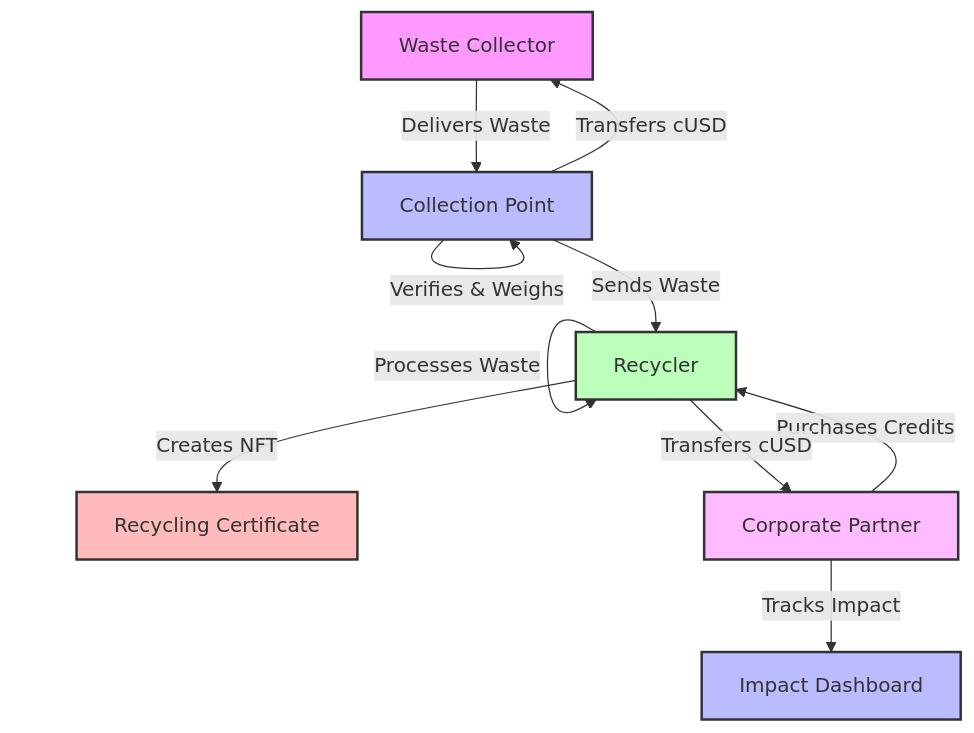
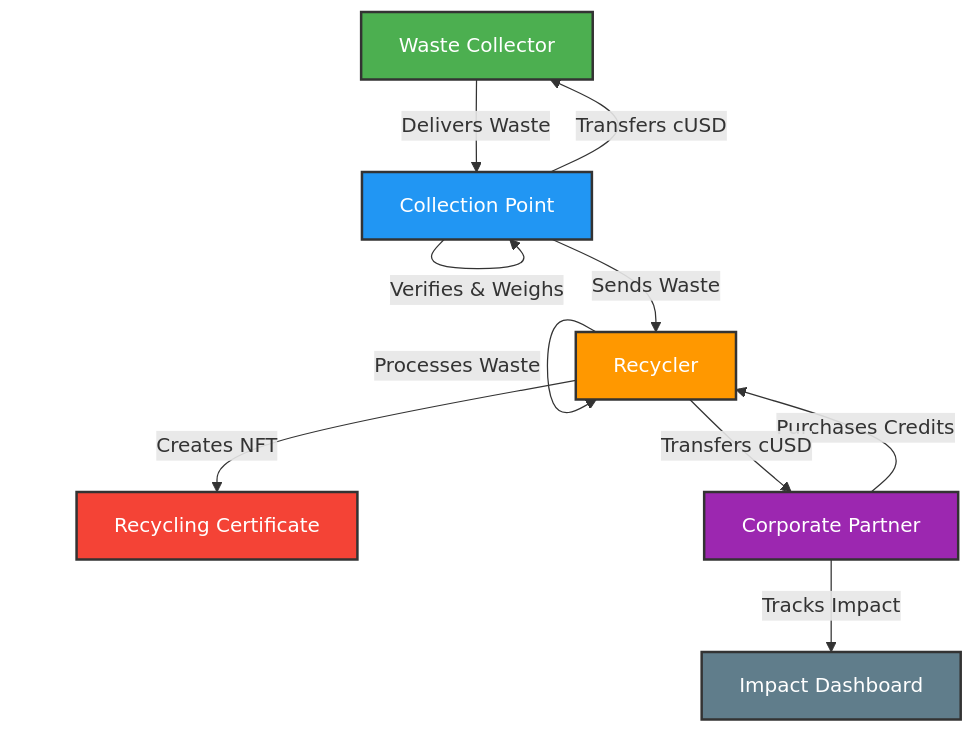
One commit to Kanasjnr/Africycle changed the diagram in README.md. Above: the diagram before and after it, drawn with Mermaid.

Commit message:
updated read me

````diff
--- a/README.md
+++ b/README.md
@@ -7,31 +7,31 @@
 ```mermaid
 graph TD
     %% Roles
     Collector[Waste Collector]
     CollectionPoint[Collection Point]
     Recycler[Recycler]
     Corporate[Corporate Partner]
     
     %% Collection Process
     Collector -->|Delivers Waste| CollectionPoint
     CollectionPoint -->|Verifies & Weighs| CollectionPoint
     CollectionPoint -->|Transfers cUSD| Collector
     
     %% Recycling Process
     CollectionPoint -->|Sends Waste| Recycler
     Recycler -->|Processes Waste| Recycler
     Recycler -->|Creates NFT| RecyclingCertificate[Recycling Certificate]
     
     %% Corporate Partnership
     Corporate -->|Purchases Credits| Recycler
     Recycler -->|Transfers cUSD| Corporate
     Corporate -->|Tracks Impact| ImpactDashboard[Impact Dashboard]
     
     %% Styling
-    style Collector fill:#f9f,stroke:#333,stroke-width:2px
-    style CollectionPoint fill:#bbf,stroke:#333,stroke-width:2px
-    style Recycler fill:#bfb,stroke:#333,stroke-width:2px
-    style Corporate fill:#fbf,stroke:#333,stroke-width:2px
-    style RecyclingCertificate fill:#fbb,stroke:#333,stroke-width:2px
-    style ImpactDashboard fill:#bbf,stroke:#333,stroke-width:2px
+    style Collector fill:#4CAF50,stroke:#333,stroke-width:2px,color:white
+    style CollectionPoint fill:#2196F3,stroke:#333,stroke-width:2px,color:white
+    style Recycler fill:#FF9800,stroke:#333,stroke-width:2px,color:white
+    style Corporate fill:#9C27B0,stroke:#333,stroke-width:2px,color:white
+    style RecyclingCertificate fill:#F44336,stroke:#333,stroke-width:2px,color:white
+    style ImpactDashboard fill:#607D8B,stroke:#333,stroke-width:2px,color:white
 ```
````
